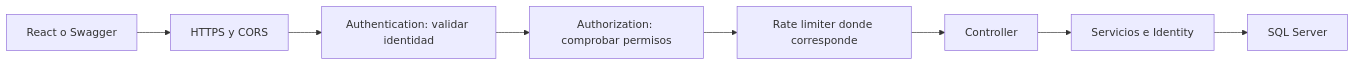
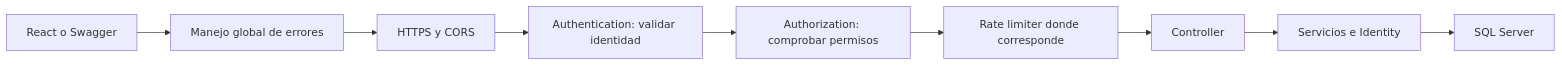
The first of 2 diagrams in MAP.md (rarrav26/alkemy-beta-squad), drawn with Mermaid before and after one commit. The commit also changed other lines of this file and 26 other files, not shown here.

````diff
--- a/MAP.md
+++ b/MAP.md
@@ -155,10 +165,11 @@
 ```mermaid
 flowchart LR
-    A[React o Swagger] --> B[HTTPS y CORS]
+    A[React o Swagger] --> M[Manejo global de errores]
+    M --> B[HTTPS y CORS]
     B --> C[Authentication: validar identidad]
     C --> D[Authorization: comprobar permisos]
     D --> E[Rate limiter donde corresponde]
     E --> F[Controller]
     F --> G[Servicios e Identity]
     G --> H[SQL Server]
 ```
````
